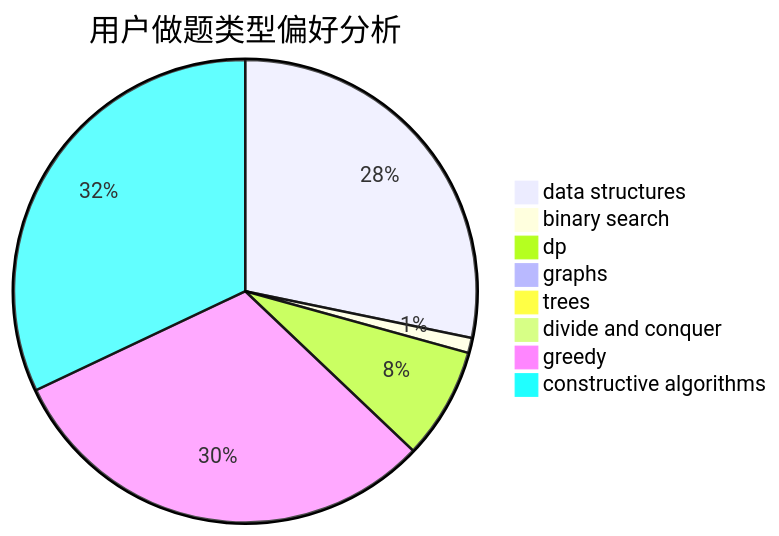
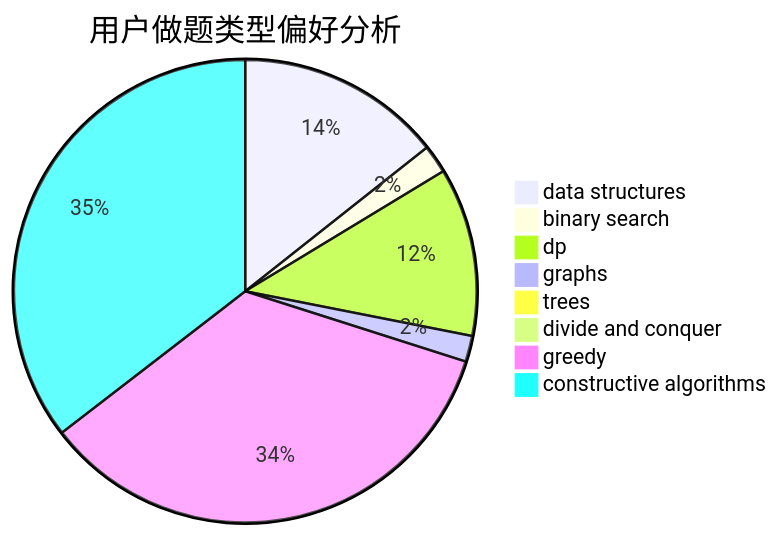
The second of 3 diagrams in docs/user/u1521.md (sherpahu/cfrs.github.io), drawn with Mermaid before and after one commit. The commit also changed other lines of this file and 2770 other files, not shown here.

````diff
--- a/docs/user/u1521.md
+++ b/docs/user/u1521.md
@@ -23,11 +23,11 @@
 ```mermaid
 pie title 用户做题类型偏好分析
-    "data structures" :  268
-    "binary search" :  10
-    "dp" :  74
-    "graphs" :  6
-    "trees" :  9
-    "divide and conquer" :  0
-    "greedy" :  293
-    "constructive algorithms" :  304
+    "data structures" :  246
+    "binary search" :  34
+    "dp" :  202
+    "graphs" :  31
+    "trees" :  14
+    "divide and conquer" :  1
+    "greedy" :  594
+    "constructive algorithms" :  608
 ```
````
